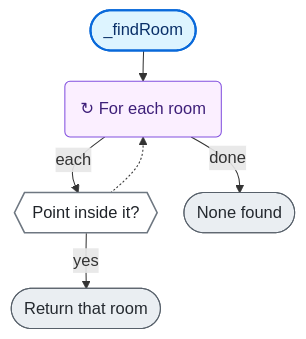
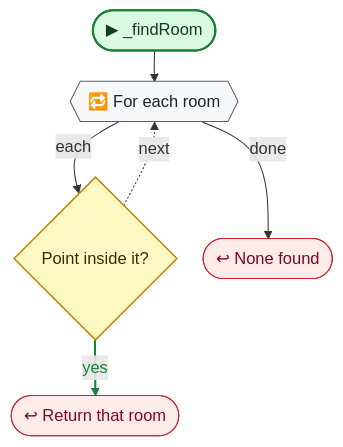
One commit to nataiai/Lord-of-the-Dungeon changed the fifth of 5 diagrams in CodeGraph~/graph/Map/DungeonMap.cs.md. Above: the diagram before and after it, drawn with Mermaid. The commit also changed other lines of this file and 44 other files, not shown here.

````diff
--- a/CodeGraph~/graph/Map/DungeonMap.cs.md
+++ b/CodeGraph~/graph/Map/DungeonMap.cs.md
@@ -220,34 +248,39 @@
 ```mermaid
 ---
 config:
   flowchart:
     wrappingWidth: 260
     nodeSpacing: 26
     rankSpacing: 30
 ---
 flowchart TD
-  nS(["_findRoom"])
-  n4bef88("  ↻ For each room  ")
-  n10579d{{"Point inside it?"}}
-  nd48a61(["Return that room"])
-  neebe27(["None found"])
+  nS(["▶ _findRoom"])
+  n4bef88{{"🔁 For each room"}}
+  n10579d{"Point inside it?"}
+  nd48a61(["↩ Return that room"])
+  neebe27(["↩ None found"])
   nS --> n4bef88
   n4bef88 -->|each| n10579d
   n10579d -->|yes| nd48a61
-  n10579d -.-> n4bef88
+  n10579d -.->|next| n4bef88
   n4bef88 -->|done| neebe27
-  classDef unity fill:#fff1c2,stroke:#9a6700,stroke-width:2px,color:#3b2300
-  classDef start fill:#ddf4ff,stroke:#0969da,stroke-width:2px,color:#0a3069
-  classDef calc fill:#f6f8fa,stroke:#d0d7de,color:#57606a
-  classDef calls fill:#ffffff,stroke:#0969da,stroke-width:2.5px,color:#0a3069
-  classDef cond fill:#ffffff,stroke:#6e7781,stroke-width:1.5px,color:#1f2328
-  classDef loop fill:#fbefff,stroke:#8250df,color:#3e1f79
-  classDef exit fill:#eaeef2,stroke:#57606a,color:#24292f
-  classDef wait fill:#fff8f0,stroke:#bc4c00,color:#4d1d00
+  linkStyle 2 stroke:#1a7f37,stroke-width:2px,color:#1a7f37
+  classDef unity fill:#dafbe1,stroke:#1a7f37,stroke-width:2px,color:#0f3d1d
+  classDef start fill:#dafbe1,stroke:#1a7f37,stroke-width:2px,color:#0f3d1d
+  classDef calc fill:#ffffff,stroke:#d0d7de,color:#57606a
+  classDef calls fill:#ddf4ff,stroke:#0969da,stroke-width:2px,color:#0a3069
+  classDef ext fill:#ddf4ff,stroke:#0969da,stroke-width:2px,stroke-dasharray:5 3,color:#0a3069
+  classDef cond fill:#fff8c5,stroke:#bf8700,stroke-width:1.5px,color:#3d2a00
+  classDef loop fill:#f6f8fa,stroke:#57606a,color:#1f2328
+  classDef exit fill:#ffebe9,stroke:#cf222e,color:#82071e
+  classDef kill fill:#ffebe9,stroke:#cf222e,stroke-width:2px,color:#82071e
+  classDef spawn fill:#dafbe1,stroke:#1a7f37,stroke-width:2px,color:#0f3d1d
+  classDef wait fill:#fff1e5,stroke:#bc4c00,color:#4d1d00
   classDef fin fill:#eaeef2,stroke:#8c959f,color:#57606a
   classDef join fill:#d0d7de,stroke:#8c959f,color:#57606a
+  classDef ghdr fill:#f5f9ff,stroke:#f5f9ff,color:#0a3069,font-weight:bold
   class n10579d cond
   class nd48a61,neebe27 exit
   class n4bef88 loop
   class nS start
 ```
````
